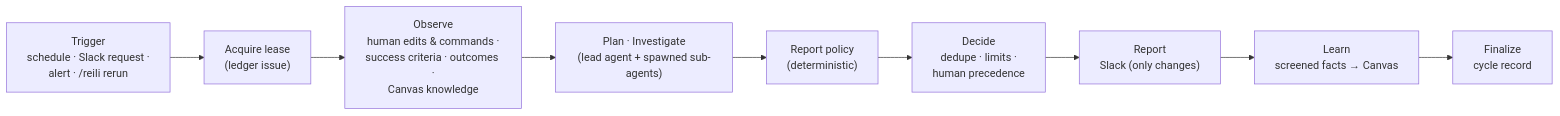
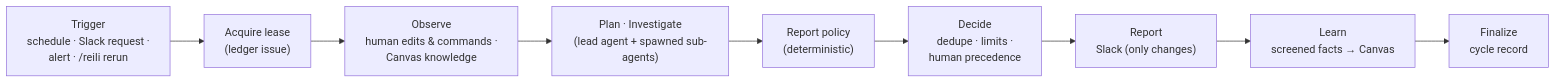
One commit to reilidev/reili changed the diagram in docs/autonomy.md. Above: the diagram before and after it, drawn with Mermaid. The commit also changed other lines of this file and 45 other files, not shown here.

First line of the commit message:
Remove success criteria measurement and outcome tracking

````diff
--- a/docs/autonomy.md
+++ b/docs/autonomy.md
@@ -120,11 +110,11 @@
 ```mermaid
 flowchart LR
     T["Trigger<br/>schedule · Slack request ·<br/>alert · /reili rerun"] --> L["Acquire lease<br/>(ledger issue)"]
-    L --> O["Observe<br/>human edits & commands ·<br/>success criteria · outcomes ·<br/>Canvas knowledge"]
+    L --> O["Observe<br/>human edits & commands ·<br/>Canvas knowledge"]
     O --> I["Plan · Investigate<br/>(lead agent + spawned sub-agents)"]
     I --> G["Report policy<br/>(deterministic)"]
     G --> D["Decide<br/>dedupe · limits ·<br/>human precedence"]
     D --> R["Report<br/>Slack (only changes)"]
     R --> K["Learn<br/>screened facts → Canvas"]
     K --> F["Finalize<br/>cycle record"]
 ```
````
